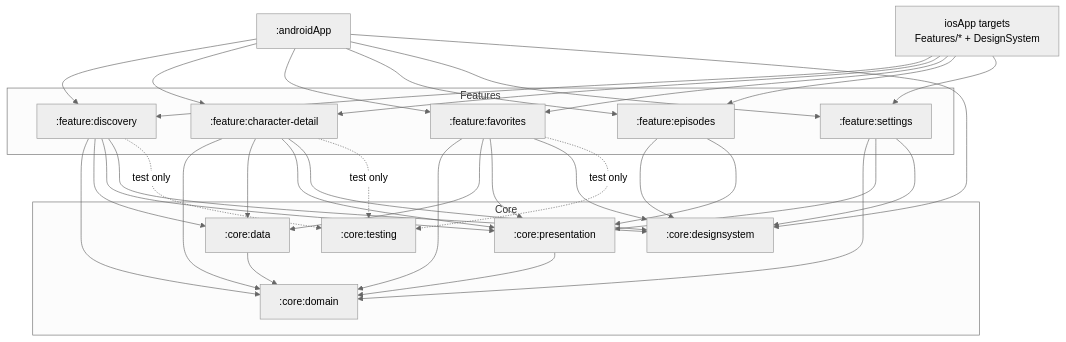
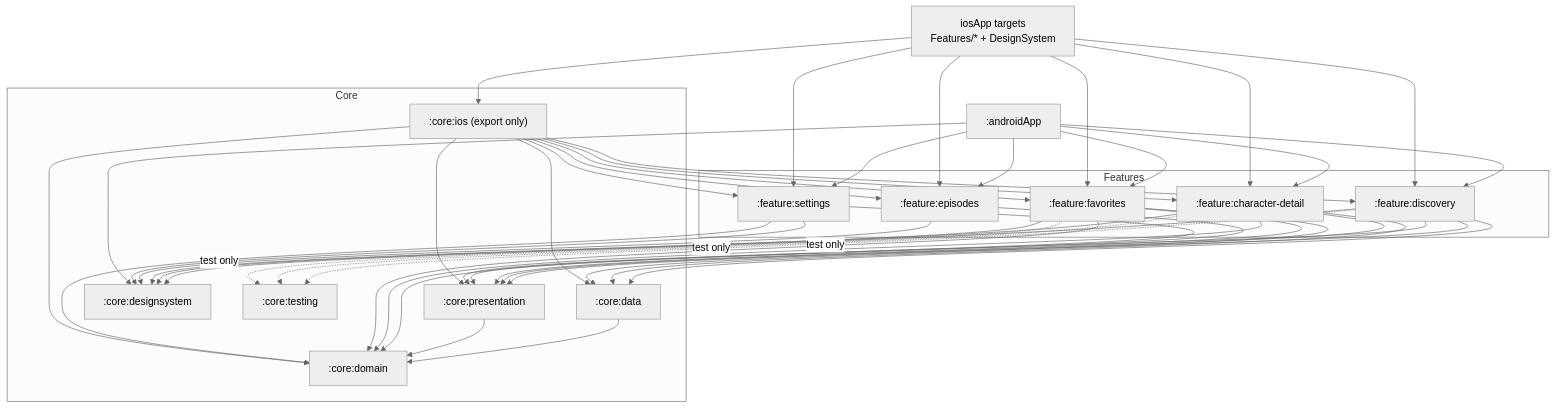
One commit to davidru85/RickAndMorty changed the third of 4 diagrams in docs/DESIGN.md. Above: the diagram before and after it, drawn with Mermaid (neutral theme). The commit also changed other lines of this file and 9 other files, not shown here.

First line of the commit message:
docs(docs): resolve CONF-40 with a single iOS framework from a `:core:ios` export module

````diff
--- a/docs/DESIGN.md
+++ b/docs/DESIGN.md
@@ -104,52 +104,62 @@
 ```mermaid
 flowchart TB
     subgraph Core
+        CIOS[":core:ios (export only)"]
         CD[":core:domain"]
         CDA[":core:data"]
         CP[":core:presentation"]
         CDS[":core:designsystem"]
         CT[":core:testing"]
     end
     subgraph Features
         FD[":feature:discovery"]
         FC[":feature:character-detail"]
         FF[":feature:favorites"]
         FE[":feature:episodes"]
         FS[":feature:settings"]
     end
     APP[":androidApp"]
     IOS["iosApp targets<br/>Features/* + DesignSystem"]
     CDA --> CD
     CP --> CD
     FD --> CD
     FD --> CDA
     FD --> CP
     FD --> CDS
     FC --> CD
     FC --> CDA
     FC --> CP
     FC --> CDS
     FF --> CD
     FF --> CDA
     FF --> CP
     FF --> CDS
     FE --> CDS
     FE --> CP
     FS --> CD
     FS --> CP
     FS --> CDS
     APP --> FD
     APP --> FC
     APP --> FF
     APP --> FE
     APP --> FS
     APP --> CDS
+    CIOS --> FD
+    CIOS --> FC
+    CIOS --> FF
+    CIOS --> FE
+    CIOS --> FS
+    CIOS --> CD
+    CIOS --> CDA
+    CIOS --> CP
+    IOS --> CIOS
     IOS --> FD
     IOS --> FC
     IOS --> FF
     IOS --> FE
     IOS --> FS
     FD -. test only .-> CT
     FC -. test only .-> CT
     FF -. test only .-> CT
 ```
````
